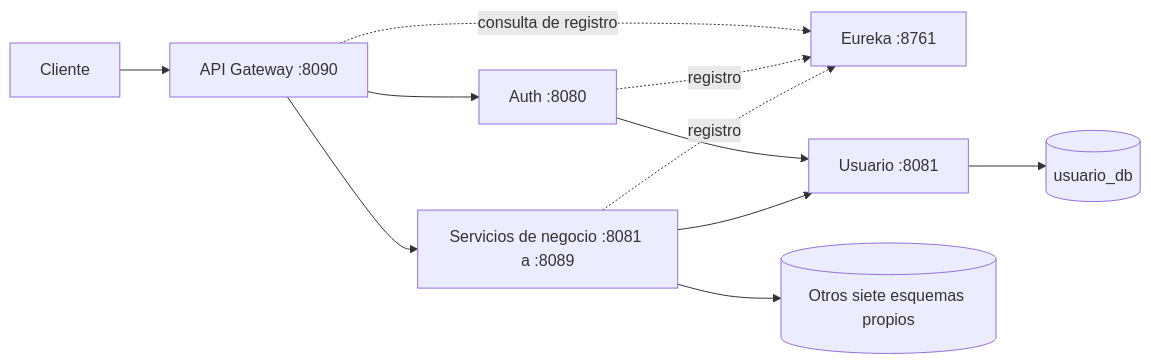
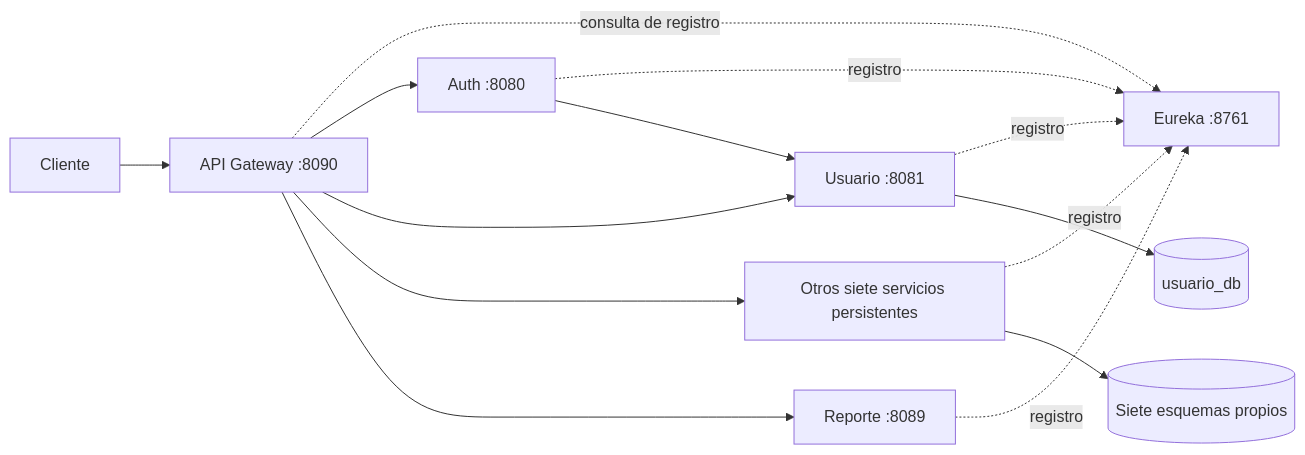
The diagram in README.md (FernandezfIT/Estacionamientos_Springboot_FullsStack1_2026), drawn with Mermaid before and after one commit. The commit also changed other lines of this file and 1 other file, not shown here.

Commit message:
docs: precisar diagrama resumido y verificar integridad

````diff
--- a/README.md
+++ b/README.md
@@ -47,13 +47,16 @@
 ```mermaid
 flowchart LR
     C[Cliente] --> G[API Gateway :8090]
     G -. consulta de registro .-> E[Eureka :8761]
     G --> A[Auth :8080]
-    G --> S[Servicios de negocio :8081 a :8089]
+    G --> U[Usuario :8081]
+    G --> S[Otros siete servicios persistentes]
+    G --> R[Reporte :8089]
     A -. registro .-> E
+    U -. registro .-> E
     S -. registro .-> E
-    A --> U[Usuario :8081]
-    S --> U
+    R -. registro .-> E
+    A --> U
     U --> D[(usuario_db)]
-    S --> B[(Otros siete esquemas propios)]
+    S --> B[(Siete esquemas propios)]
 ```
````
